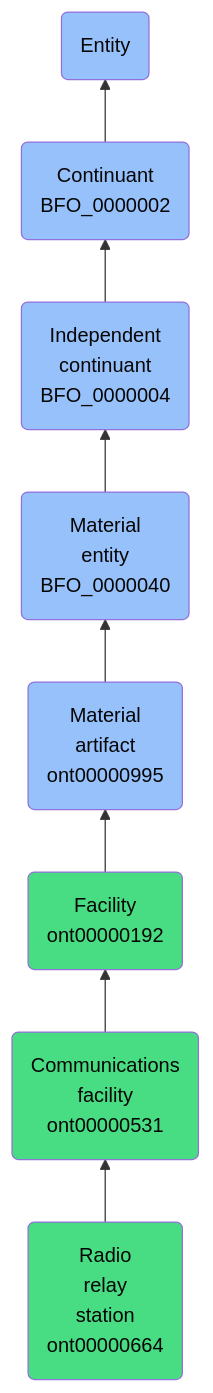
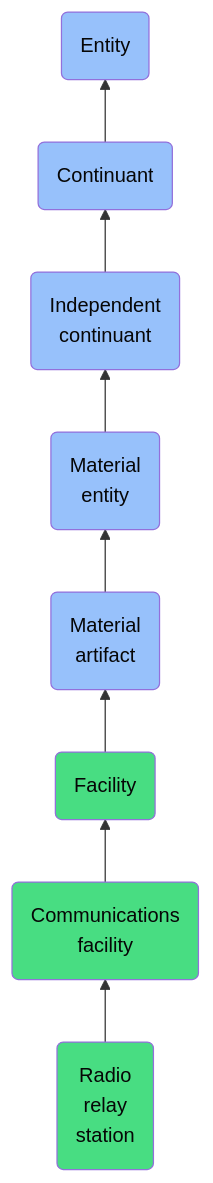
The diagram in docs/ontology/reference/model/Entity/Continuant/Independent continuant/Material entity/Material artifact/Facility/Communications facility/Radio relay station/Radio relay station.md (jupyter-naas/abi), drawn with Mermaid before and after one commit. The commit also changed other lines of this file and 1430 other files, not shown here.

````diff
--- a/docs/ontology/reference/model/Entity/Continuant/Independent continuant/Material entity/Material artifact/Facility/Communications facility/Radio relay station/Radio relay station.md
+++ b/docs/ontology/reference/model/Entity/Continuant/Independent continuant/Material entity/Material artifact/Facility/Communications facility/Radio relay station/Radio relay station.md
@@ -24,15 +24,15 @@
 ```mermaid
 graph BT
-    ont00000664(Radio<br>relay<br>station<br>ont00000664):::ABI-->ont00000531
-    ont00000531(Communications<br>facility<br>ont00000531):::ABI-->ont00000192
-    ont00000192(Facility<br>ont00000192):::ABI-->ont00000995
-    ont00000995(Material<br>artifact<br>ont00000995):::BFO-->BFO_0000040
-    BFO_0000040(Material<br>entity<br>BFO_0000040):::BFO-->BFO_0000004
-    BFO_0000004(Independent<br>continuant<br>BFO_0000004):::BFO-->BFO_0000002
-    BFO_0000002(Continuant<br>BFO_0000002):::BFO-->BFO_0000001
+    ont00000664(Radio<br>relay<br>station):::ABI-->ont00000531
+    ont00000531(Communications<br>facility):::ABI-->ont00000192
+    ont00000192(Facility):::ABI-->ont00000995
+    ont00000995(Material<br>artifact):::BFO-->BFO_0000040
+    BFO_0000040(Material<br>entity):::BFO-->BFO_0000004
+    BFO_0000004(Independent<br>continuant):::BFO-->BFO_0000002
+    BFO_0000002(Continuant):::BFO-->BFO_0000001
     BFO_0000001(Entity):::BFO
     
     classDef BFO fill:#97c1fb,color:#060606
     classDef CCO fill:#e4c51e,color:#060606
     classDef ABI fill:#48DD82,color:#060606
 ```
````
